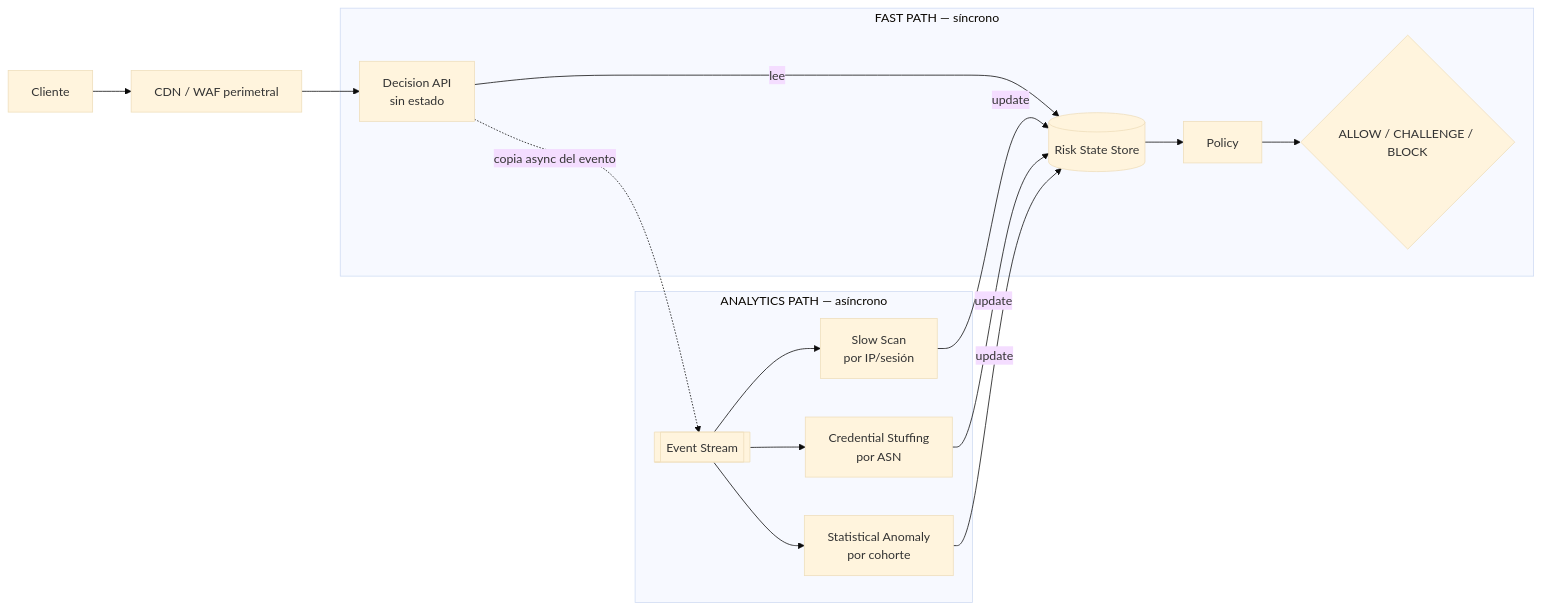
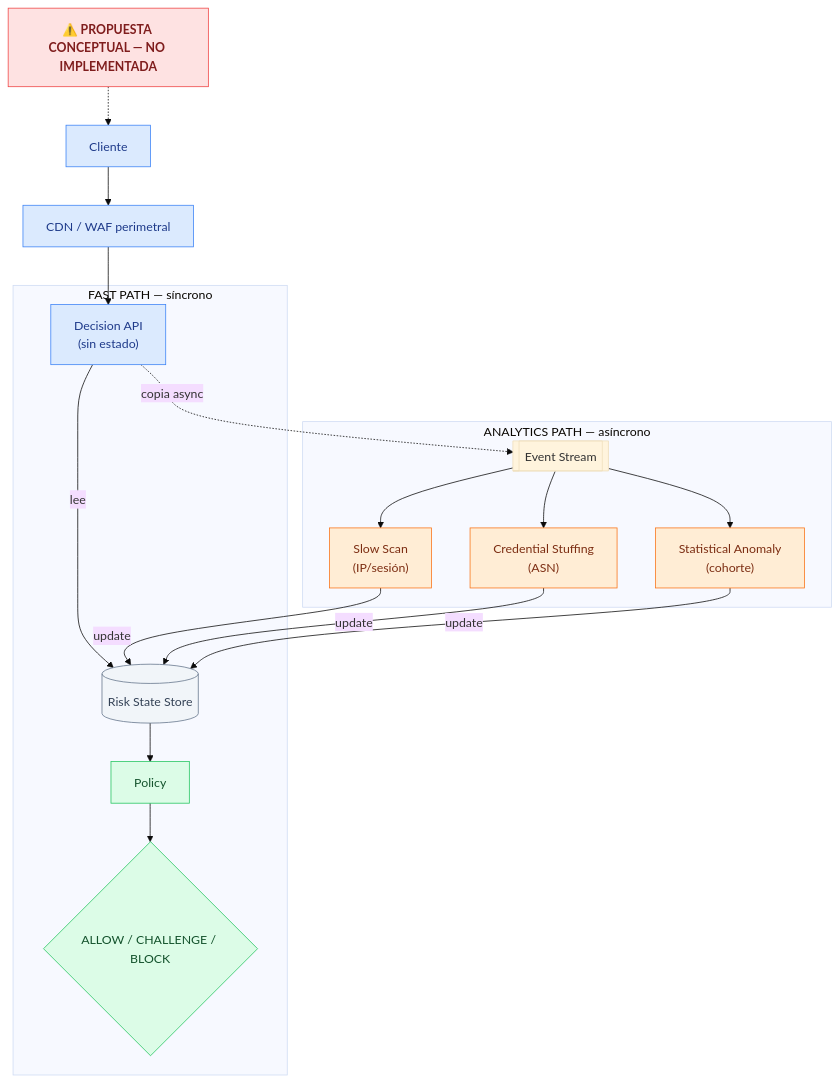
One commit to snelly1903/MeLi-waf-behavior-engine changed the fifth of 5 diagrams in README.md. Above: the diagram before and after it, drawn with Mermaid (base theme). The commit also changed other lines of this file and 1 other file, not shown here.

````diff
--- a/README.md
+++ b/README.md
@@ -485,30 +626,55 @@
 ```mermaid
-flowchart LR
-    Client[Cliente] --> CDN[CDN / WAF perimetral]
-    CDN --> API[Decision API<br/>sin estado]
-    API -->|lee| Store[(Risk State Store)]
-    Store --> Policy[Policy]
-    Policy --> Decision{ALLOW / CHALLENGE / BLOCK}
+flowchart TD
+    Banner["⚠️ PROPUESTA CONCEPTUAL — NO IMPLEMENTADA"]
 
-    API -.->|copia async del evento| Stream[[Event Stream]]
-    Stream --> SS[Slow Scan<br/>por IP/sesión]
-    Stream --> CS[Credential Stuffing<br/>por ASN]
-    Stream --> SA[Statistical Anomaly<br/>por cohorte]
-    SS -->|update| Store
-    CS -->|update| Store
-    SA -->|update| Store
+    Client[Cliente]
+    CDN["CDN / WAF perimetral"]
+    API["Decision API<br/>(sin estado)"]
+    Store[("Risk State Store")]
+    PolicyBox["Policy"]
+    DecisionBox{"ALLOW / CHALLENGE / BLOCK"}
+
+    Stream[["Event Stream"]]
+    SS["Slow Scan<br/>(IP/sesión)"]
+    CS["Credential Stuffing<br/>(ASN)"]
+    SA["Statistical Anomaly<br/>(cohorte)"]
+
+    Banner -.-> Client
+    Client --> CDN --> API
+    API -->|"lee"| Store
+    Store --> PolicyBox --> DecisionBox
+
+    API -.->|"copia async"| Stream
+    Stream --> SS
+    Stream --> CS
+    Stream --> SA
+    SS -->|"update"| Store
+    CS -->|"update"| Store
+    SA -->|"update"| Store
 
     subgraph FastPath["FAST PATH — síncrono"]
         API
         Store
-        Policy
-        Decision
+        PolicyBox
+        DecisionBox
     end
 
     subgraph AnalyticsPath["ANALYTICS PATH — asíncrono"]
         Stream
         SS
         CS
         SA
     end
+
+    classDef entrada fill:#dbeafe,stroke:#3b82f6,color:#1e3a8a
+    classDef detector fill:#ffedd5,stroke:#f97316,color:#7c2d12
+    classDef estado fill:#f1f5f9,stroke:#64748b,color:#334155
+    classDef decision fill:#dcfce7,stroke:#22c55e,color:#14532d
+    classDef banner fill:#fee2e2,stroke:#ef4444,color:#7f1d1d,font-weight:bold
+
+    class Client,CDN,API entrada
+    class SS,CS,SA detector
+    class Store estado
+    class PolicyBox,DecisionBox decision
+    class Banner banner
 ```
````
